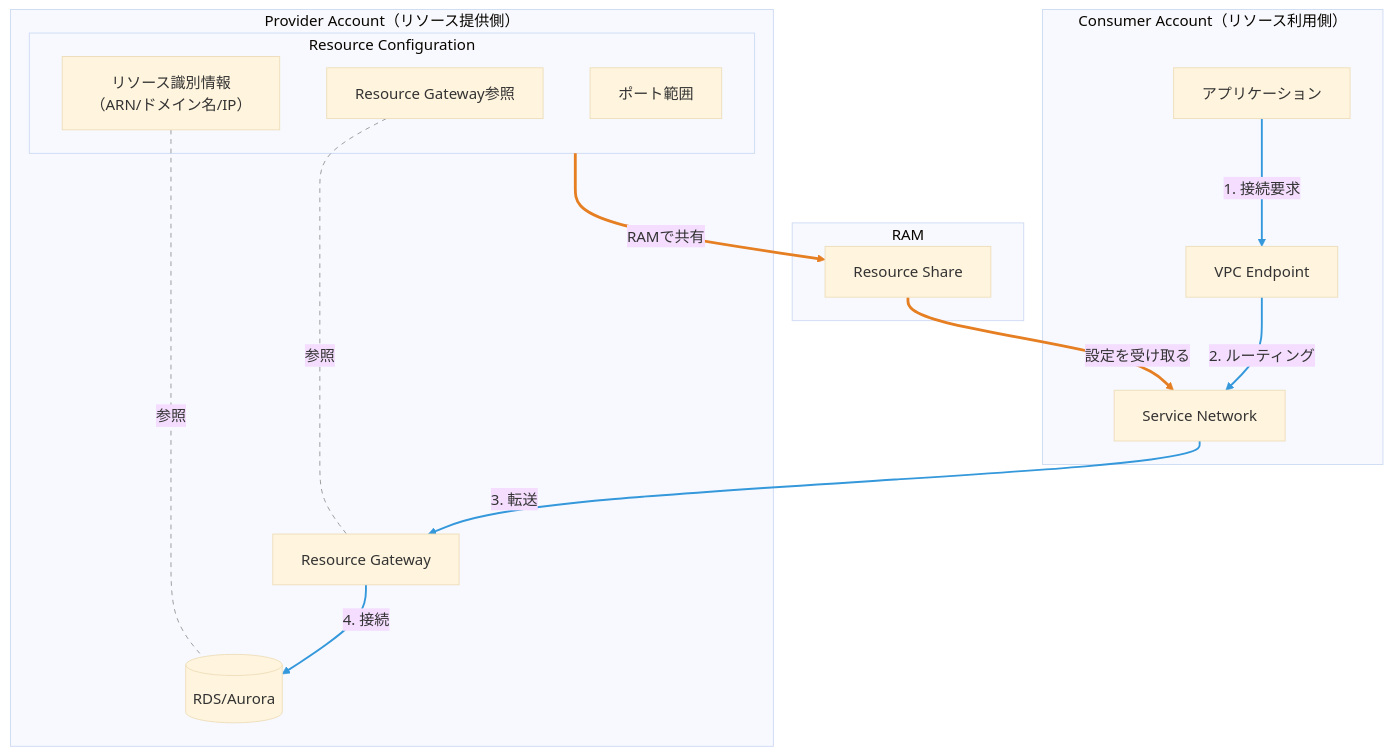
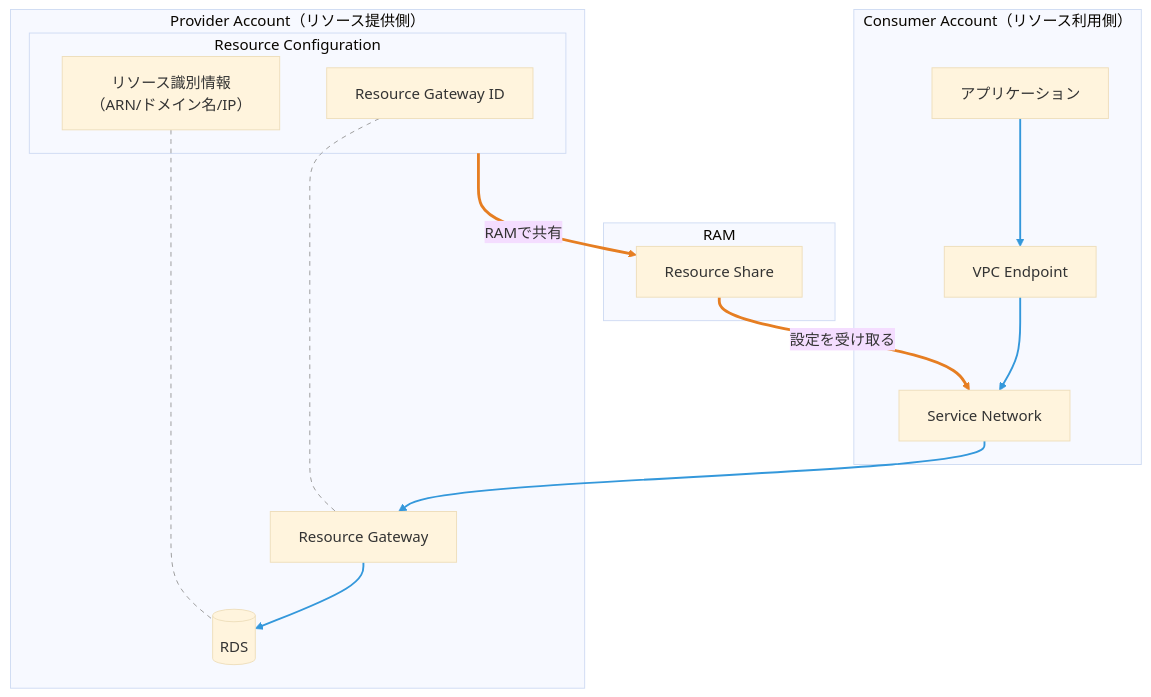
The third of 3 diagrams in cross-account-rds-pattern-b/AWS_RAM_勉強会資料.md (mizzy/playground), drawn with Mermaid (base theme) before and after one commit. The commit also changed other lines of this file, not shown here.

````diff
--- a/cross-account-rds-pattern-b/AWS_RAM_勉強会資料.md
+++ b/cross-account-rds-pattern-b/AWS_RAM_勉強会資料.md
@@ -148,41 +153,40 @@
 ```mermaid
 graph TB
     subgraph "Provider Account（リソース提供側）"
-        RDS[(RDS/Aurora)]
+        RDS[(RDS)]
         RGW[Resource Gateway]
         subgraph RC_BOX["Resource Configuration"]
-            RC_GW["Resource Gateway参照"]
+            RC_GW["Resource Gateway ID"]
             RC_ARN["リソース識別情報<br/>（ARN/ドメイン名/IP）"]
-            RC_PORT["ポート範囲"]
         end
     end
 
     subgraph "RAM"
         Share[Resource Share]
     end
 
     subgraph "Consumer Account（リソース利用側）"
         SN[Service Network]
         VPCE[VPC Endpoint]
         App[アプリケーション]
     end
 
     %% 構成時の関連（点線・グレー）
-    RC_GW -.-|"参照"| RGW
-    RC_ARN -.-|"参照"| RDS
+    RC_GW -.- RGW
+    RC_ARN -.- RDS
 
     %% RAMで共有（オレンジ）
     RC_BOX -->|"RAMで共有"| Share
     Share -->|"設定を受け取る"| SN
 
     %% 実行時のフロー（青）
-    App -->|"1. 接続要求"| VPCE
-    VPCE -->|"2. ルーティング"| SN
-    SN -->|"3. 転送"| RGW
-    RGW -->|"4. 接続"| RDS
+    App --> VPCE
+    VPCE --> SN
+    SN --> RGW
+    RGW --> RDS
 
     %% スタイル定義
     linkStyle 0,1 stroke:#999,stroke-dasharray:5
     linkStyle 2,3 stroke:#e67e22,stroke-width:3px
     linkStyle 4,5,6,7 stroke:#3498db,stroke-width:2px
 ```
````
